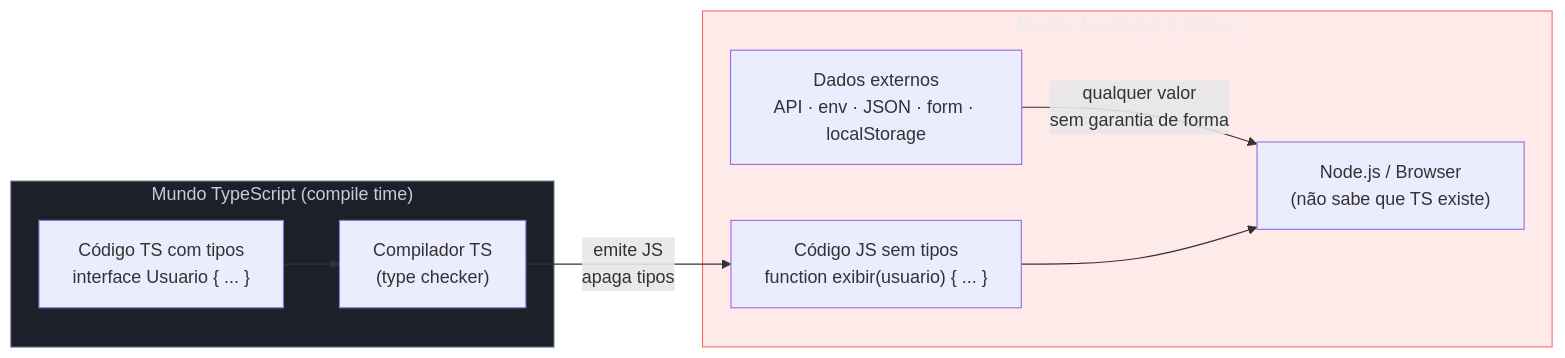
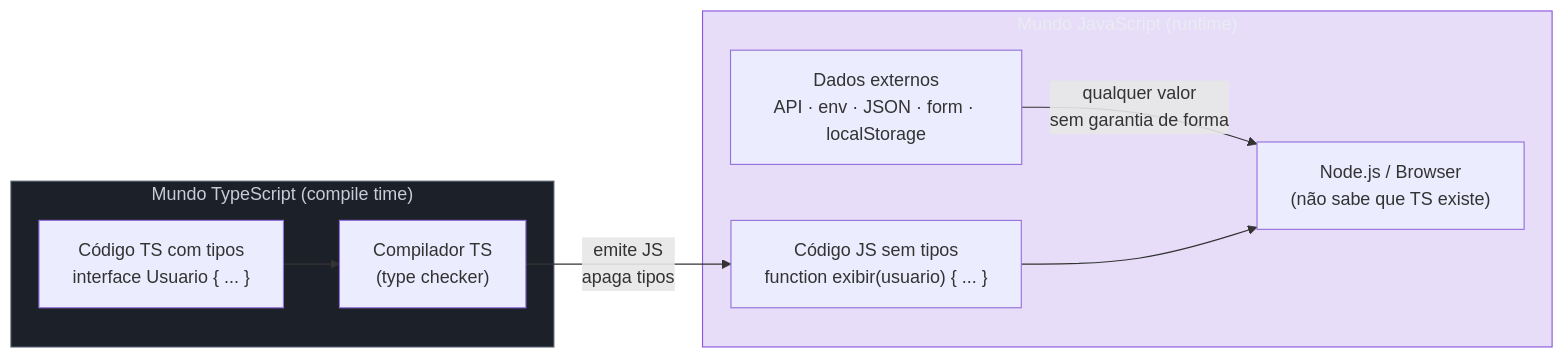
One commit to josenaldo/codex-technomanticus changed the first of 6 diagrams in 03-Dominios/Tecnologia/TypeScript/23 - A fronteira type↔runtime - parse, don't validate.md. Above: the diagram before and after it, drawn with Mermaid. The commit also changed other lines of this file and 601 other files, not shown here.

````diff
--- a/03-Dominios/Tecnologia/TypeScript/23 - A fronteira type↔runtime - parse, don't validate.md
+++ b/03-Dominios/Tecnologia/TypeScript/23 - A fronteira type↔runtime - parse, don't validate.md
@@ -79,23 +79,23 @@
 ```mermaid
 flowchart LR
+    classDef marca fill:#8855DF33,stroke:#8855DF,color:#E9ECF2
     classDef neutro fill:#1B2029,stroke:#4E5666,color:#C6CCD8
-    classDef falha fill:#FF6B6B24,stroke:#FF6B6B,color:#E9ECF2
     subgraph Compilação["Mundo TypeScript (compile time)"]
         TSCode["Código TS com tipos\ninterface Usuario { ... }"]
         Compiler["Compilador TS\n(type checker)"]
         TSCode --> Compiler
     end
 
     subgraph Execução["Mundo JavaScript (runtime)"]
         JSCode["Código JS sem tipos\nfunction exibir(usuario) { ... }"]
         External["Dados externos\nAPI · env · JSON · form · localStorage"]
         Runtime["Node.js / Browser\n(não sabe que TS existe)"]
         External -->|"qualquer valor\nsem garantia de forma"| Runtime
         JSCode --> Runtime
     end
 
     Compiler -->|"emite JS\napaga tipos"| JSCode
 
     class Compilação neutro
-    class Execução falha
+    class Execução marca
 ```
````
